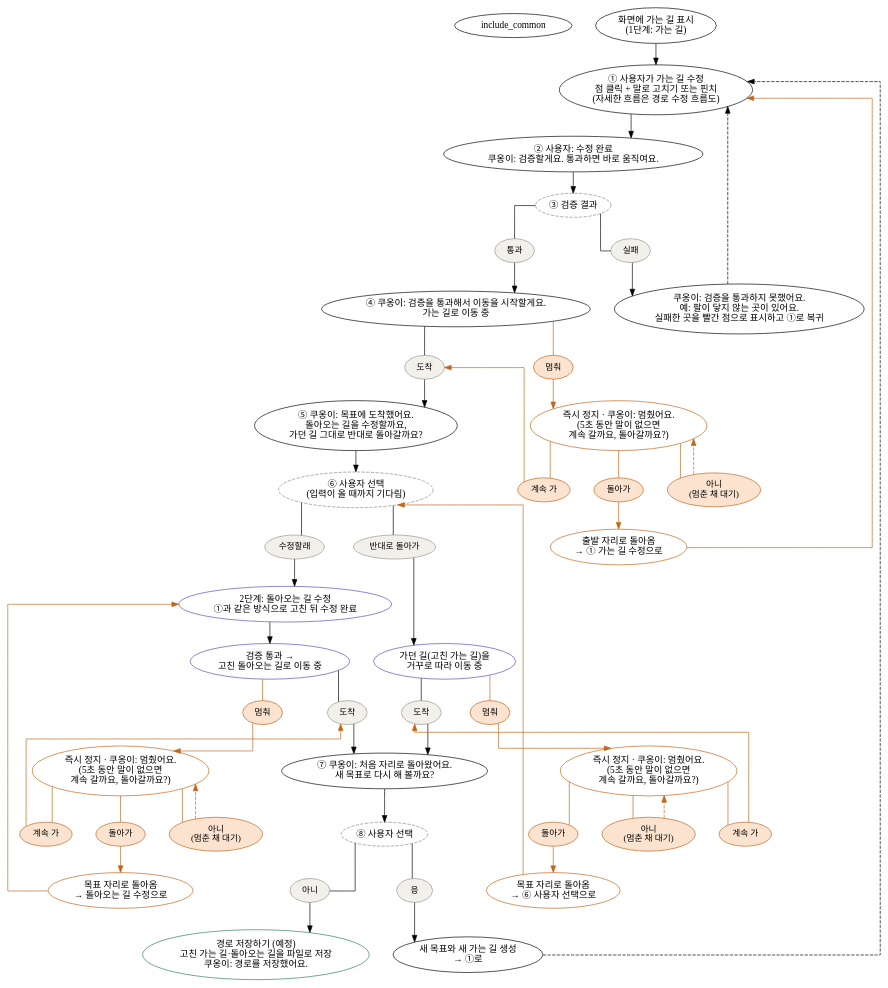
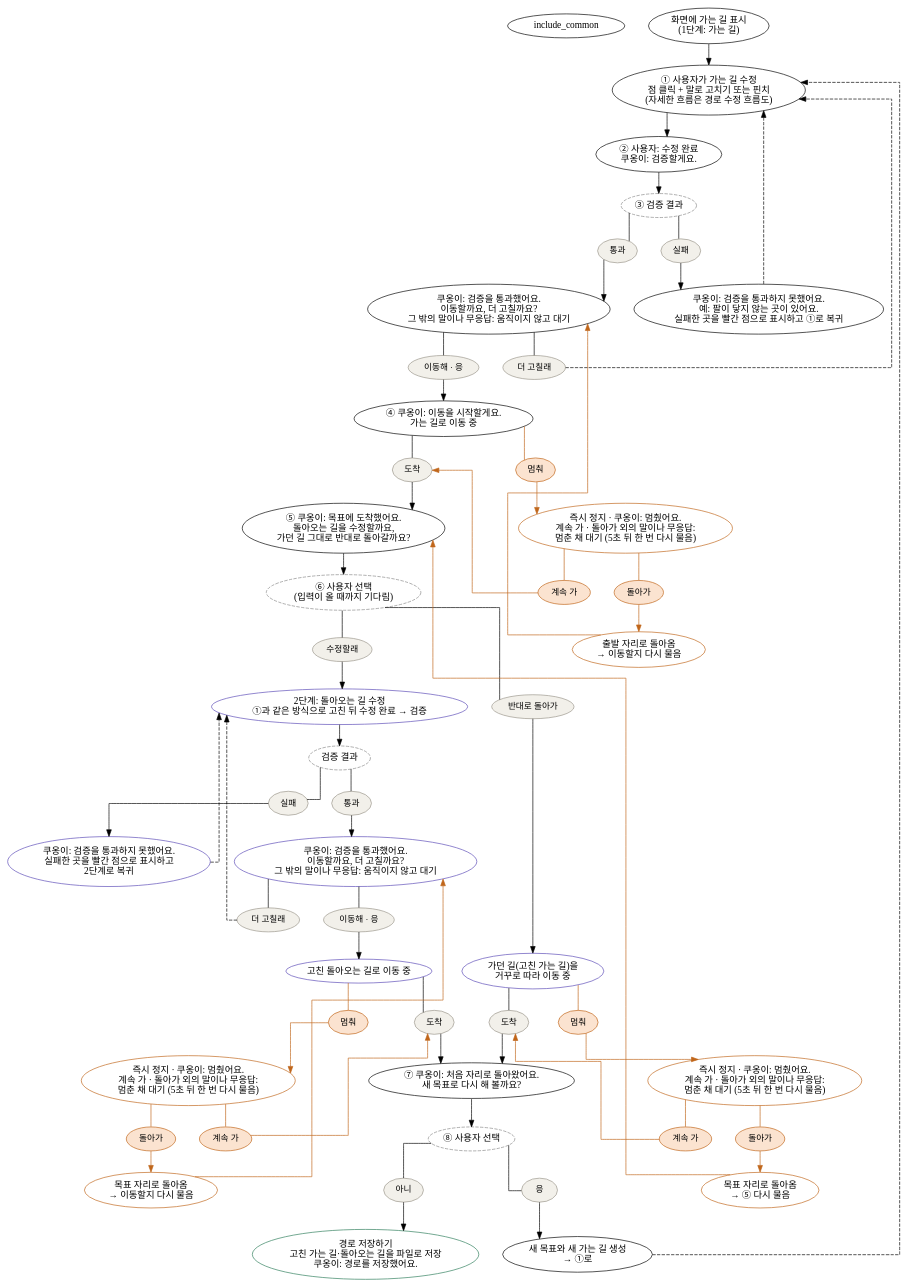
One commit to jaemin0319/ChatKHU changed the diagram in docs/flow/flow1_overall.dot. Above: the diagram before and after it, drawn with Graphviz. The commit also changed 25 other files, not shown here.

```diff
--- a/docs/flow/flow1_overall.dot
+++ b/docs/flow/flow1_overall.dot
@@ -1,76 +1,89 @@
 digraph G {
   include_common
   graph [splines=ortho, nodesep=0.5, ranksep=0.45];
   start [label="화면에 가는 길 표시\n(1단계: 가는 길)"];
   edit1 [label="① 사용자가 가는 길 수정\n점 클릭 + 말로 고치기 또는 핀치\n(자세한 흐름은 경로 수정 흐름도)"];
-  done1 [label="② 사용자: 수정 완료\n쿠옹이: 검증할게요. 통과하면 바로 움직여요."];
+  done1 [label="② 사용자: 수정 완료\n쿠옹이: 검증할게요."];
   v1 [label="③ 검증 결과", style="rounded,dashed", fillcolor="white", color="#888888"];
   f1 [label="쿠옹이: 검증을 통과하지 못했어요.\n예: 팔이 닿지 않는 곳이 있어요.\n실패한 곳을 빨간 점으로 표시하고 ①로 복귀"];
-  m1 [label="④ 쿠옹이: 검증을 통과해서 이동을 시작할게요.\n가는 길로 이동 중"];
+  ok1 [label="쿠옹이: 검증을 통과했어요.\n이동할까요, 더 고칠까요?\n그 밖의 말이나 무응답: 움직이지 않고 대기"];
+  m1 [label="④ 쿠옹이: 이동을 시작할게요.\n가는 길로 이동 중"];
   ask1 [label="⑤ 쿠옹이: 목표에 도착했어요.\n돌아오는 길을 수정할까요,\n가던 길 그대로 반대로 돌아갈까요?"];
   c1 [label="⑥ 사용자 선택\n(입력이 올 때까지 기다림)", style="rounded,dashed", fillcolor="white", color="#888888"];
   rev [label="가던 길(고친 가는 길)을\n거꾸로 따라 이동 중", fillcolor="#EEEBFB", color="#5B4BB7"];
-  edit2 [label="2단계: 돌아오는 길 수정\n①과 같은 방식으로 고친 뒤 수정 완료", fillcolor="#EEEBFB", color="#5B4BB7"];
-  v2 [label="검증 통과 →\n고친 돌아오는 길로 이동 중", fillcolor="#EEEBFB", color="#5B4BB7"];
+  edit2 [label="2단계: 돌아오는 길 수정\n①과 같은 방식으로 고친 뒤 수정 완료 → 검증", fillcolor="#EEEBFB", color="#5B4BB7"];
+  v2c [label="검증 결과", style="rounded,dashed", fillcolor="white", color="#888888"];
+  f2 [label="쿠옹이: 검증을 통과하지 못했어요.\n실패한 곳을 빨간 점으로 표시하고\n2단계로 복귀", fillcolor="#EEEBFB", color="#5B4BB7"];
+  ok2 [label="쿠옹이: 검증을 통과했어요.\n이동할까요, 더 고칠까요?\n그 밖의 말이나 무응답: 움직이지 않고 대기", fillcolor="#EEEBFB", color="#5B4BB7"];
+  v2 [label="고친 돌아오는 길로 이동 중", fillcolor="#EEEBFB", color="#5B4BB7"];
   ask2 [label="⑦ 쿠옹이: 처음 자리로 돌아왔어요.\n새 목표로 다시 해 볼까요?"];
   c2 [label="⑧ 사용자 선택", style="rounded,dashed", fillcolor="white", color="#888888"];
   newt [label="새 목표와 새 가는 길 생성\n→ ①로"];
-  save [label="경로 저장하기 (예정)\n고친 가는 길·돌아오는 길을 파일로 저장\n쿠옹이: 경로를 저장했어요.", fillcolor="#E6F4EE", color="#2E7D5B"];
+  save [label="경로 저장하기\n고친 가는 길·돌아오는 길을 파일로 저장\n쿠옹이: 경로를 저장했어요.", fillcolor="#E6F4EE", color="#2E7D5B"];
 
   node [fillcolor="#FDF0E6", color="#C0661A"];
-  sA [label="즉시 정지 · 쿠옹이: 멈췄어요.\n(5초 동안 말이 없으면\n계속 갈까요, 돌아갈까요?)"];
-  bA [label="출발 자리로 돌아옴\n→ ① 가는 길 수정으로"];
-  sB [label="즉시 정지 · 쿠옹이: 멈췄어요.\n(5초 동안 말이 없으면\n계속 갈까요, 돌아갈까요?)"];
-  bB [label="목표 자리로 돌아옴\n→ ⑥ 사용자 선택으로"];
-  sC [label="즉시 정지 · 쿠옹이: 멈췄어요.\n(5초 동안 말이 없으면\n계속 갈까요, 돌아갈까요?)"];
-  bC [label="목표 자리로 돌아옴\n→ 돌아오는 길 수정으로"];
+  sA [label="즉시 정지 · 쿠옹이: 멈췄어요.\n계속 가 · 돌아가 외의 말이나 무응답:\n멈춘 채 대기 (5초 뒤 한 번 다시 물음)"];
+  bA [label="출발 자리로 돌아옴\n→ 이동할지 다시 물음"];
+  sB [label="즉시 정지 · 쿠옹이: 멈췄어요.\n계속 가 · 돌아가 외의 말이나 무응답:\n멈춘 채 대기 (5초 뒤 한 번 다시 물음)"];
+  bB [label="목표 자리로 돌아옴\n→ ⑤ 다시 물음"];
+  sC [label="즉시 정지 · 쿠옹이: 멈췄어요.\n계속 가 · 돌아가 외의 말이나 무응답:\n멈춘 채 대기 (5초 뒤 한 번 다시 물음)"];
+  bC [label="목표 자리로 돌아옴\n→ 이동할지 다시 물음"];
 
   node [style="rounded,filled", fillcolor="#F2F0EA", color="#9A968C", fontsize=13, margin="0.15,0.06", penwidth=1];
-  p_fail [label="실패"]; p_pass [label="통과"];
+  p_fail [label="실패"]; p_pass [label="통과"]; p_fail2 [label="실패"]; p_pass2 [label="통과"];
   p_a1 [label="도착"]; p_a2 [label="도착"]; p_a3 [label="도착"];
   p_rev [label="반대로 돌아가"]; p_edit [label="수정할래"];
   p_yes [label="응"]; p_no [label="아니"];
+  p_go1 [label="이동해 · 응"]; p_more1 [label="더 고칠래"];
+  p_go2 [label="이동해 · 응"]; p_more2 [label="더 고칠래"];
   node [fillcolor="#FBE3D0", color="#C0661A"];
   p_s1 [label="멈춰"]; p_s2 [label="멈춰"]; p_s3 [label="멈춰"];
-  aF [label="계속 가"]; aB [label="돌아가"]; aN [label="아니\n(멈춘 채 대기)"];
-  bF [label="계속 가"]; bBk [label="돌아가"]; bN [label="아니\n(멈춘 채 대기)"];
-  cF [label="계속 가"]; cBk [label="돌아가"]; cN [label="아니\n(멈춘 채 대기)"];
+  aF [label="계속 가"]; aB [label="돌아가"];
+  bF [label="계속 가"]; bBk [label="돌아가"];
+  cF [label="계속 가"]; cBk [label="돌아가"];
 
   start -> edit1 -> done1 -> v1;
-  v1 -> p_pass [arrowhead=none]; p_pass -> m1;
+  v1 -> p_pass [arrowhead=none]; p_pass -> ok1;
+  ok1 -> p_go1 [arrowhead=none]; p_go1 -> m1;
+  ok1 -> p_more1 [arrowhead=none]; p_more1 -> edit1 [style=dashed, constraint=false];
   v1 -> p_fail [arrowhead=none]; p_fail -> f1;
   f1 -> edit1 [style=dashed];
   m1 -> p_a1 [arrowhead=none]; p_a1 -> ask1;
   ask1 -> c1;
   c1 -> p_rev [arrowhead=none]; p_rev -> rev;
-  c1 -> p_edit [arrowhead=none]; p_edit -> edit2 -> v2;
+  c1 -> p_edit [arrowhead=none]; p_edit -> edit2 -> v2c;
+  v2c -> p_pass2 [arrowhead=none]; p_pass2 -> ok2;
+  ok2 -> p_go2 [arrowhead=none]; p_go2 -> v2;
+  ok2 -> p_more2 [arrowhead=none]; p_more2 -> edit2 [style=dashed, constraint=false];
+  v2c -> p_fail2 [arrowhead=none]; p_fail2 -> f2;
+  f2 -> edit2 [style=dashed, constraint=false];
   rev -> p_a2 [arrowhead=none]; p_a2 -> ask2;
   v2 -> p_a3 [arrowhead=none]; p_a3 -> ask2;
   ask2 -> c2;
   c2 -> p_yes [arrowhead=none]; p_yes -> newt;
   c2 -> p_no [arrowhead=none]; p_no -> save;
   newt -> edit1 [style=dashed, constraint=false];
 
   edge [color="#C0661A"];
   m1 -> p_s1 [arrowhead=none]; p_s1 -> sA;
   sA -> aF [arrowhead=none]; aF -> p_a1 [constraint=false];
   sA -> aB [arrowhead=none]; aB -> bA;
-  sA -> aN [arrowhead=none]; aN -> sA [style=dashed, constraint=false];
-  bA -> edit1 [constraint=false];
+  bA -> ok1 [constraint=false];
 
   rev -> p_s2 [arrowhead=none]; p_s2 -> sB;
   sB -> bF [arrowhead=none]; bF -> p_a2 [constraint=false];
   sB -> bBk [arrowhead=none]; bBk -> bB;
-  sB -> bN [arrowhead=none]; bN -> sB [style=dashed, constraint=false];
-  bB -> c1 [constraint=false];
+  bB -> ask1 [constraint=false];
 
   v2 -> p_s3 [arrowhead=none]; p_s3 -> sC;
   sC -> cF [arrowhead=none]; cF -> p_a3 [constraint=false];
   sC -> cBk [arrowhead=none]; cBk -> bC;
-  sC -> cN [arrowhead=none]; cN -> sC [style=dashed, constraint=false];
-  bC -> edit2 [constraint=false];
+  bC -> ok2 [constraint=false];
 
   {rank=same; p_a1; p_s1}
   {rank=same; p_a2; p_s2; p_a3; p_s3}
-  {rank=same; p_pass; p_fail}
+  {rank=same; p_pass -> p_fail [style=invis]}
+  {rank=same; p_go1 -> p_more1 [style=invis]}
+  {rank=same; p_fail2 -> p_pass2 [style=invis]}
+  {rank=same; p_more2 -> p_go2 [style=invis]}
 }
```
